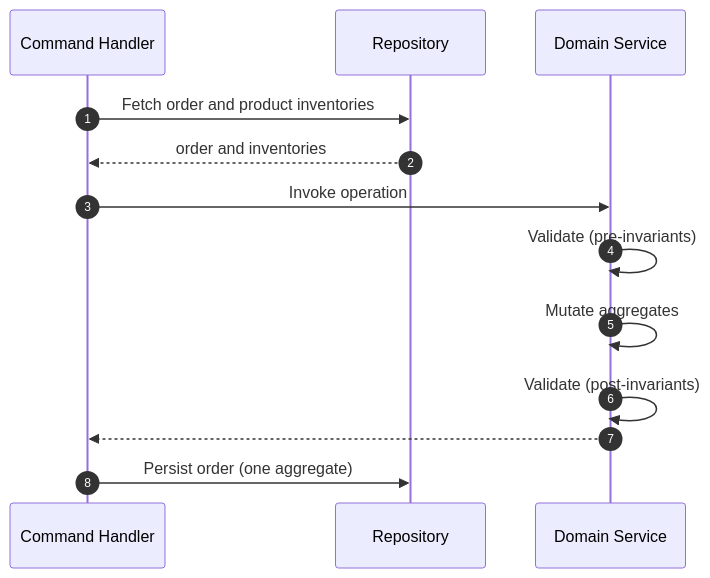
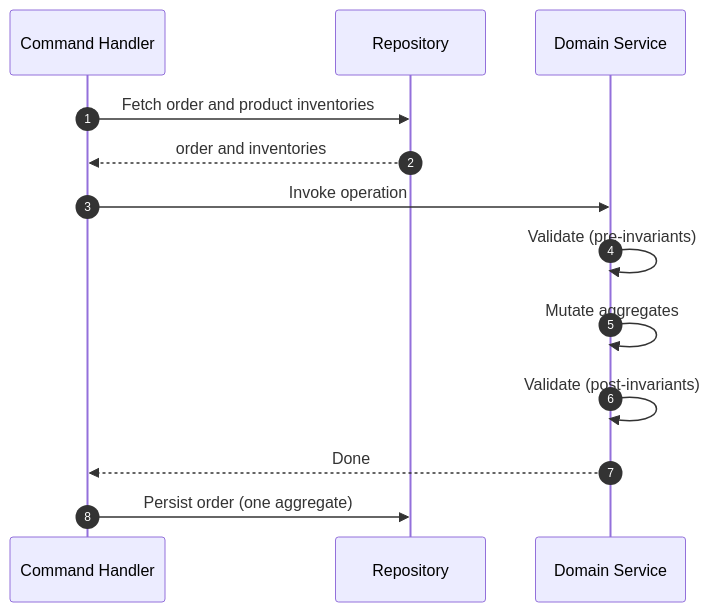
Before and after one commit to proteanhq/protean: the diagram in docs/guides/domain-behavior/domain-services.md, drawn with Mermaid. The commit also changed 5 other files, not shown here.

First line of the commit message:
Fix empty message labels in mermaid sequence diagrams

````diff
--- a/docs/guides/domain-behavior/domain-services.md
+++ b/docs/guides/domain-behavior/domain-services.md
@@ -135,12 +135,12 @@
 ```mermaid
 sequenceDiagram
   autonumber
   Command Handler->>Repository: Fetch order and product inventories
   Repository-->>Command Handler: order and inventories
   Command Handler->>Domain Service: Invoke operation
   Domain Service->>Domain Service: Validate (pre-invariants)
   Domain Service->>Domain Service: Mutate aggregates
   Domain Service->>Domain Service: Validate (post-invariants)
-  Domain Service-->>Command Handler:
+  Domain Service-->>Command Handler: Done
   Command Handler->>Repository: Persist order (one aggregate)
 ```
````
